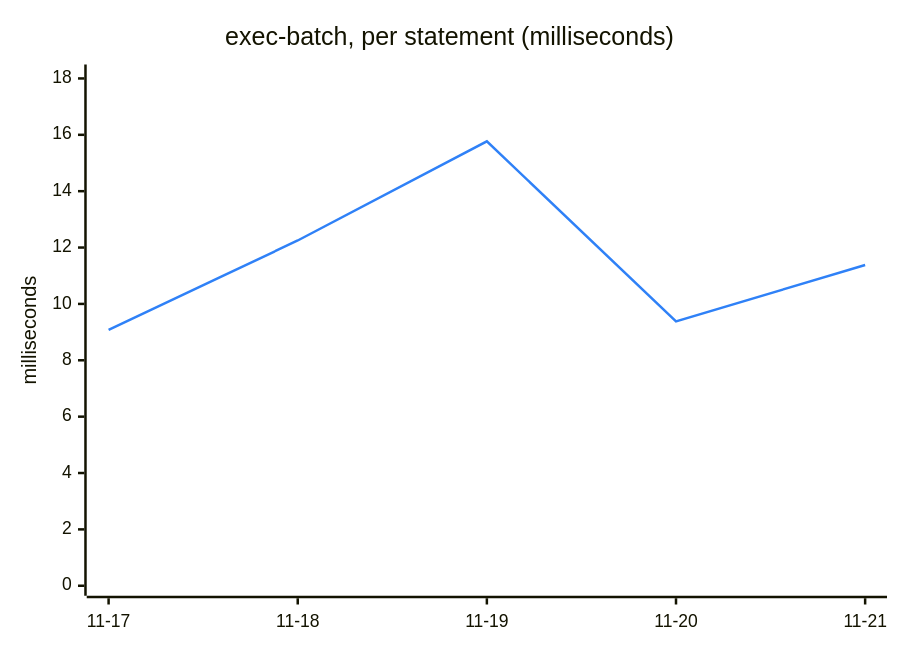
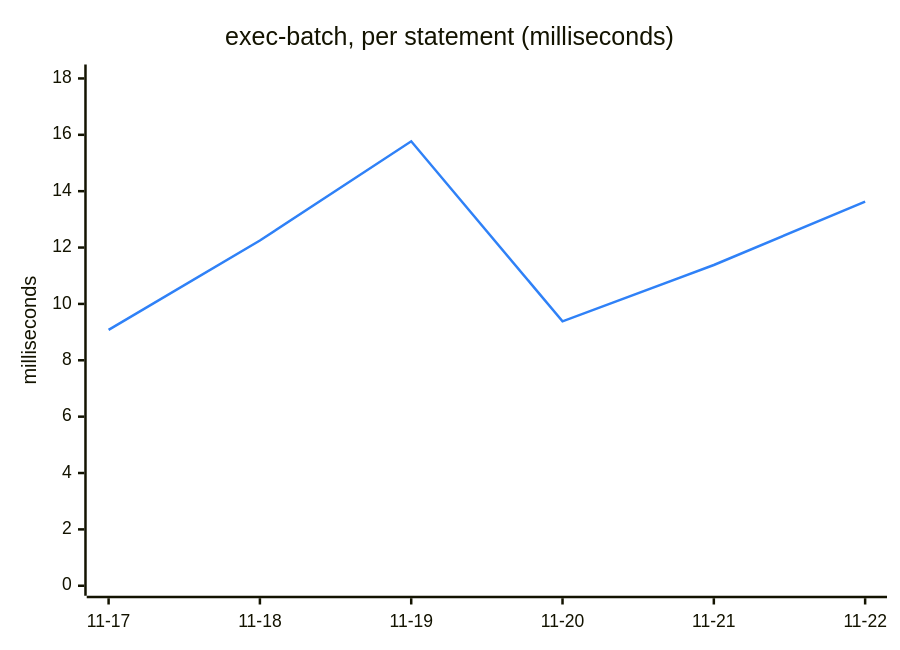
The fifth of 6 diagrams in TREND.md (Ricovl/mxcli), drawn with Mermaid before and after one commit. The commit also changed other lines of this file and 2 other files, not shown here.

````diff
--- a/TREND.md
+++ b/TREND.md
@@ -111,13 +111,13 @@
 ```mermaid
 ---
 config:
   themeVariables:
     xyChart:
       plotColorPalette: "#2f81f7"
 ---
 xychart-beta
     title "exec-batch, per statement (milliseconds)"
-    x-axis ["11-17", "11-18", "11-19", "11-20", "11-21"]
+    x-axis ["11-17", "11-18", "11-19", "11-20", "11-21", "11-22"]
     y-axis "milliseconds" 0 --> 18.14
-    line [9.08, 12.25, 15.77, 9.38, 11.38]
+    line [9.08, 12.25, 15.77, 9.38, 11.38, 13.63]
 ```
````
